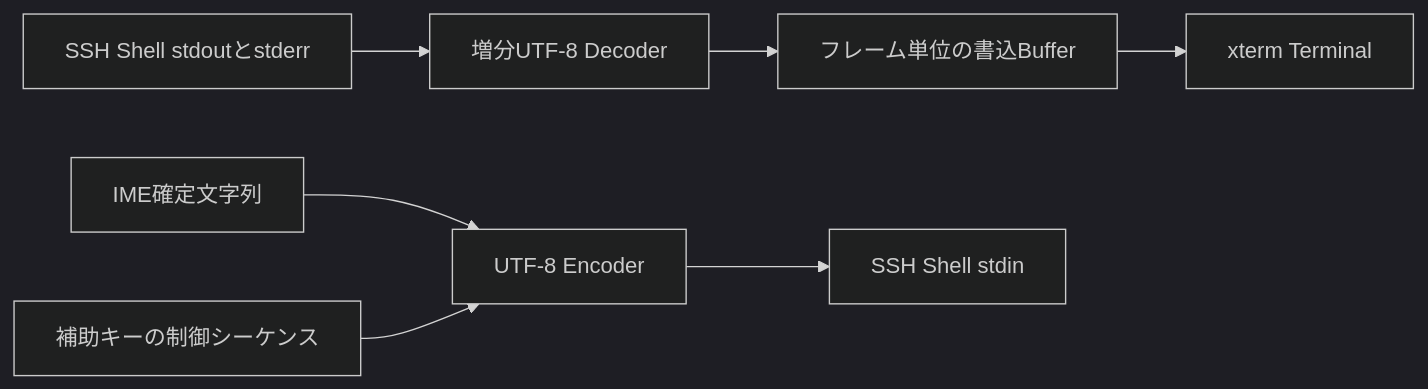
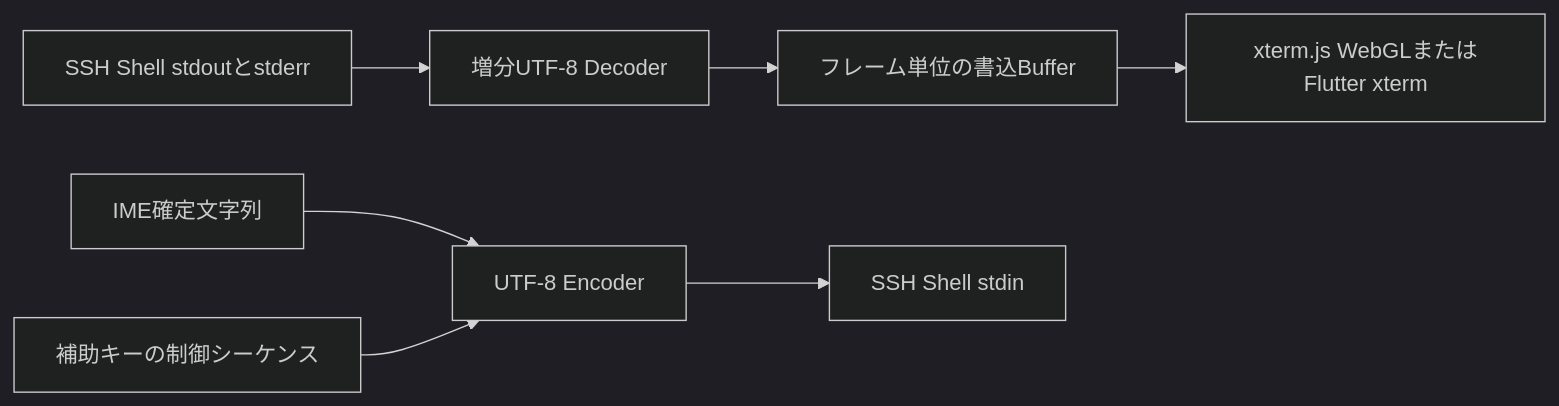
The third of 3 diagrams in ARCHITECTURE.md (4tsuha/Termethis), drawn with Mermaid (dark theme) before and after one commit. The commit also changed other lines of this file and 71 other files, not shown here.

````diff
--- a/ARCHITECTURE.md
+++ b/ARCHITECTURE.md
@@ -447,9 +485,9 @@
 ```mermaid
 flowchart LR
     REMOTE[SSH Shell stdoutとstderr] --> DECODER[増分UTF-8 Decoder]
     DECODER --> BUFFER[フレーム単位の書込Buffer]
-    BUFFER --> XTERM[xterm Terminal]
+    BUFFER --> XTERM[xterm.js WebGLまたはFlutter xterm]
     IME[IME確定文字列] --> ENCODER[UTF-8 Encoder]
     KEYS[補助キーの制御シーケンス] --> ENCODER
     ENCODER --> STDIN[SSH Shell stdin]
 ```
````
